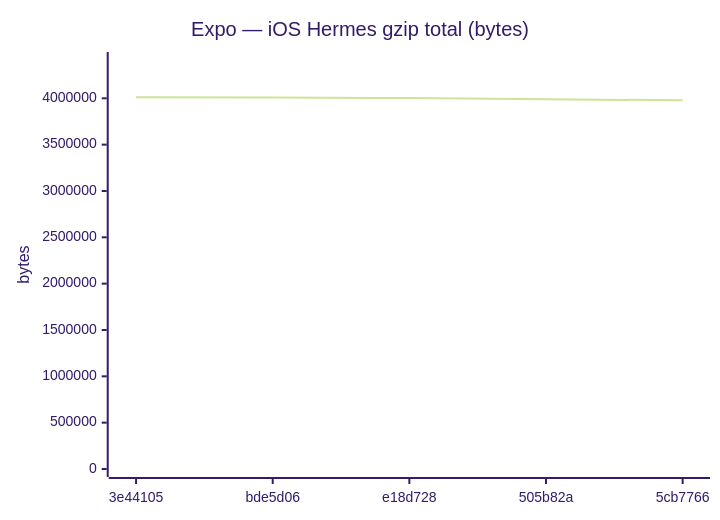
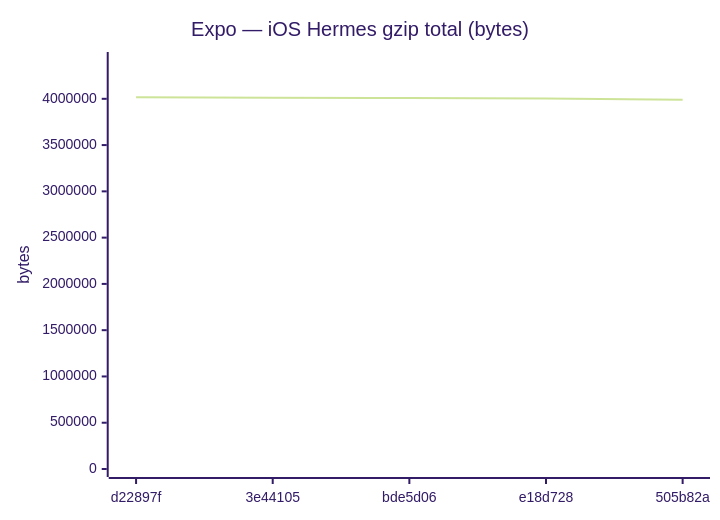
One commit to Metaheurist/Rianell changed diagram 12 of 18 in benchmarks/compare.md. Above: the diagram before and after it, drawn with Mermaid (forest theme). The commit also changed other lines of this file and 11 other files, not shown here.

````diff
--- a/benchmarks/compare.md
+++ b/benchmarks/compare.md
@@ -179,7 +179,7 @@
 ```mermaid
 xychart-beta
     title "Expo — iOS Hermes gzip total (bytes)"
-    x-axis ["3e44105", "bde5d06", "e18d728", "505b82a", "5cb7766"]
-    y-axis "bytes" 0 --> 4413270
-    line [4012063, 4008470, 4002116, 3990384, 3978033]
+    x-axis ["d22897f", "3e44105", "bde5d06", "e18d728", "505b82a"]
+    y-axis "bytes" 0 --> 4419322
+    line [4017565, 4012063, 4008470, 4002116, 3990384]
 ```
````
